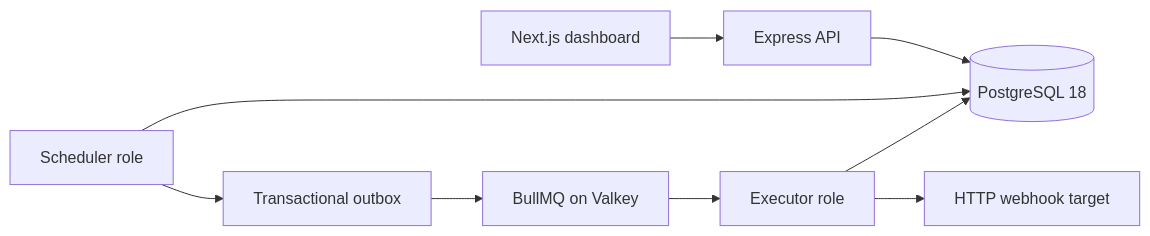
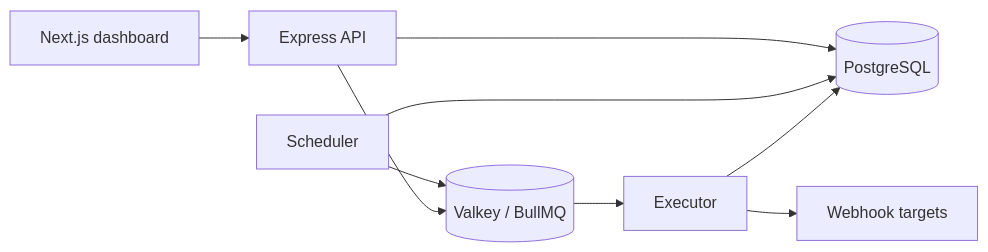
The diagram in README.md (imsayon/chronix), drawn with Mermaid before and after one commit. The commit also changed other lines of this file and 11 other files, not shown here.

````diff
--- a/README.md
+++ b/README.md
@@ -9,11 +9,11 @@
 ```mermaid
 flowchart LR
-  UI["Next.js dashboard"] --> API["Express API"]
-  API --> PG[("PostgreSQL 18")]
-  Scheduler["Scheduler role"] --> PG
-  Scheduler --> Outbox["Transactional outbox"]
-  Outbox --> Queue["BullMQ on Valkey"]
-  Queue --> Executor["Executor role"]
-  Executor --> Target["HTTP webhook target"]
-  Executor --> PG
+    UI[Next.js dashboard] --> API[Express API]
+    API --> PG[(PostgreSQL)]
+    S[Scheduler] --> PG
+    S --> Q[(Valkey / BullMQ)]
+    Q --> E[Executor]
+    E --> PG
+    E --> WH[Webhook targets]
+    API --> Q
 ```
````
